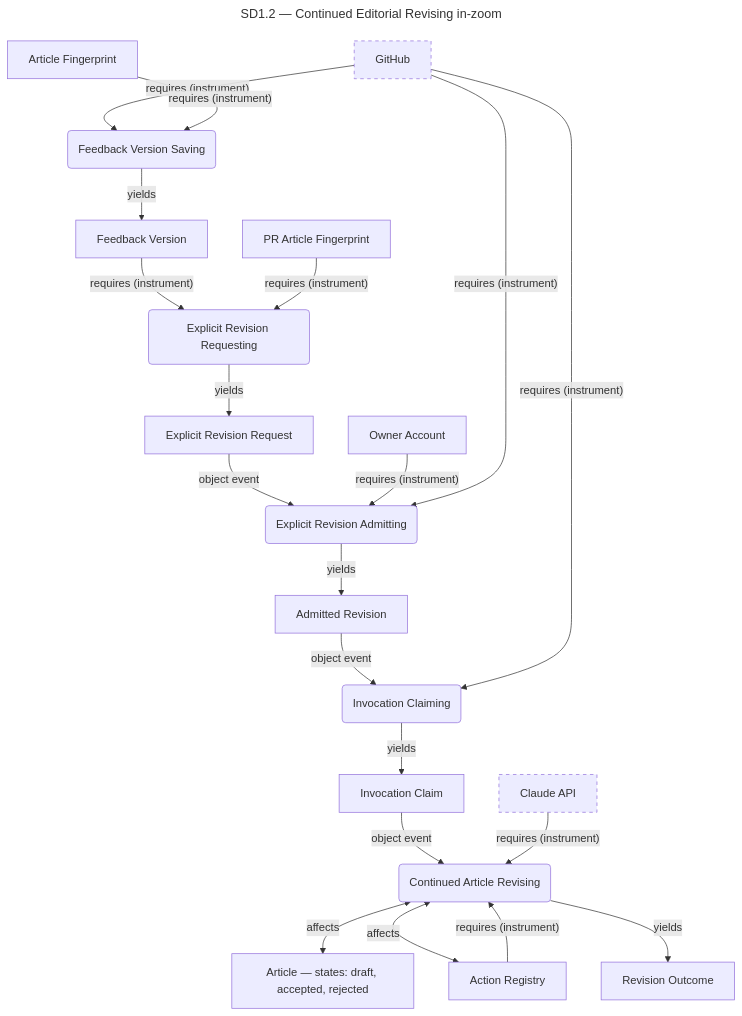
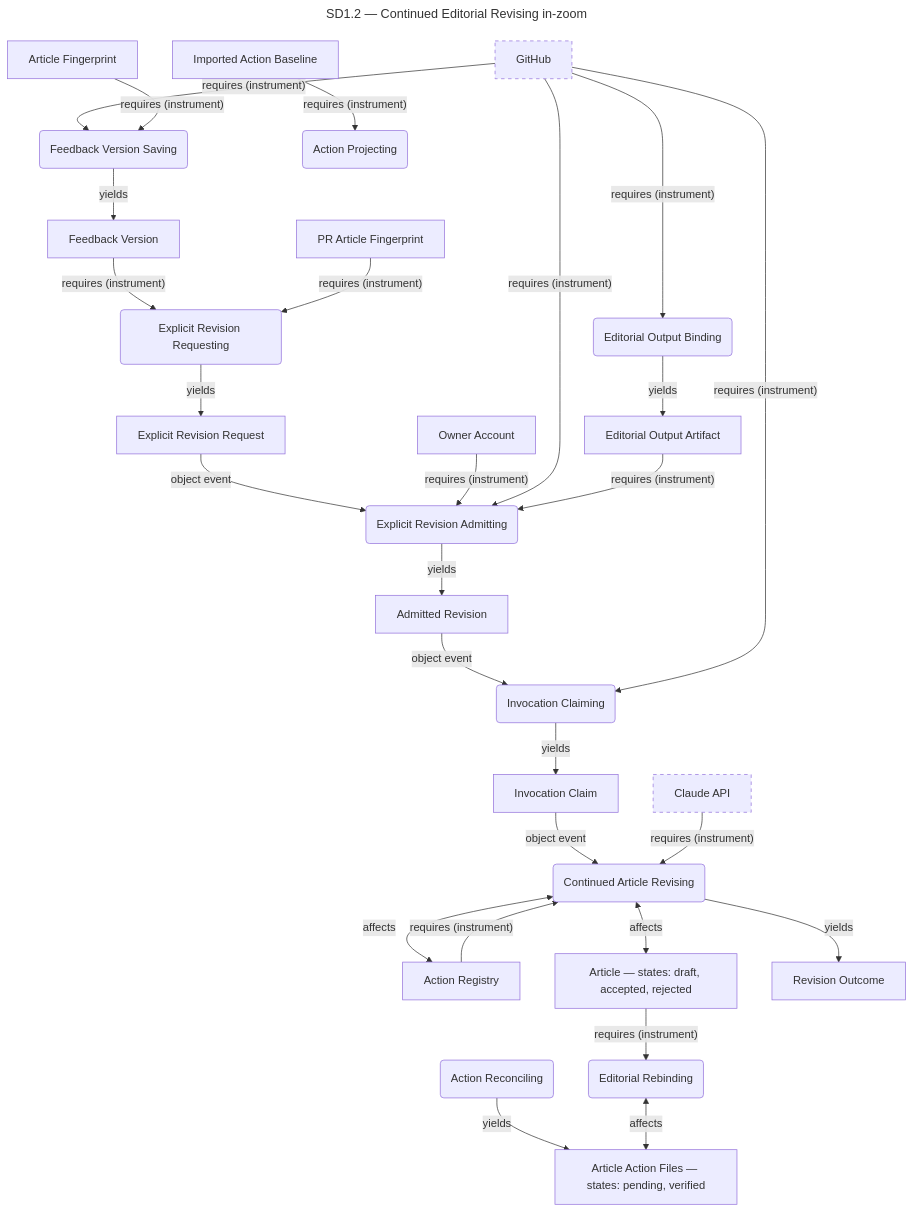
One commit to ojfbot/daily-logger changed the third of 3 diagrams in opm/system.md. Above: the diagram before and after it, drawn with Mermaid. The commit also changed other lines of this file and 57 other files, not shown here.

````diff
--- a/opm/system.md
+++ b/opm/system.md
@@ -422,46 +422,60 @@
 ```mermaid
 ---
 title: "SD1.2 — Continued Editorial Revising in-zoom"
 ---
 flowchart TD
   accTitle: SD1.2 — Continued Editorial Revising in-zoom
   accDescr: Lossy system model projection. Complete source facts follow this diagram.
   n4["GitHub"]
   style n4 stroke-dasharray: 5 5
   n70("Feedback Version Saving")
   n35["Article Fingerprint"]
   n71["Feedback Version"]
   n72("Explicit Revision Requesting")
   n73["PR Article Fingerprint"]
   n74["Explicit Revision Request"]
   n75("Explicit Revision Admitting")
   n76["Owner Account"]
   n77["Admitted Revision"]
   n78("Invocation Claiming")
   n79["Invocation Claim"]
   n80("Continued Article Revising")
   n27["Claude API"]
   style n27 stroke-dasharray: 5 5
   n22["Action Registry"]
   n0["Article — states: draft, accepted, rejected"]
   n81["Revision Outcome"]
+  n82["Article Action Files — states: pending, verified"]
+  n23("Action Reconciling")
+  n83["Imported Action Baseline"]
+  n21("Action Projecting")
+  n84("Editorial Output Binding")
+  n85["Editorial Output Artifact"]
+  n86("Editorial Rebinding")
   n4 -->|"requires (instrument)"| n70
   n35 -->|"requires (instrument)"| n70
   n70 -->|"yields"| n71
   n71 -->|"requires (instrument)"| n72
   n73 -->|"requires (instrument)"| n72
   n72 -->|"yields"| n74
   n74 -->|"object event"| n75
   n76 -->|"requires (instrument)"| n75
   n4 -->|"requires (instrument)"| n75
   n75 -->|"yields"| n77
   n77 -->|"object event"| n78
   n4 -->|"requires (instrument)"| n78
   n78 -->|"yields"| n79
   n79 -->|"object event"| n80
   n27 -->|"requires (instrument)"| n80
   n22 -->|"requires (instrument)"| n80
   n80 <-->|"affects"| n0
   n80 <-->|"affects"| n22
   n80 -->|"yields"| n81
+  n23 -->|"yields"| n82
+  n83 -->|"requires (instrument)"| n21
+  n4 -->|"requires (instrument)"| n84
+  n84 -->|"yields"| n85
+  n85 -->|"requires (instrument)"| n75
+  n0 -->|"requires (instrument)"| n86
+  n86 <-->|"affects"| n82
 ```
````
